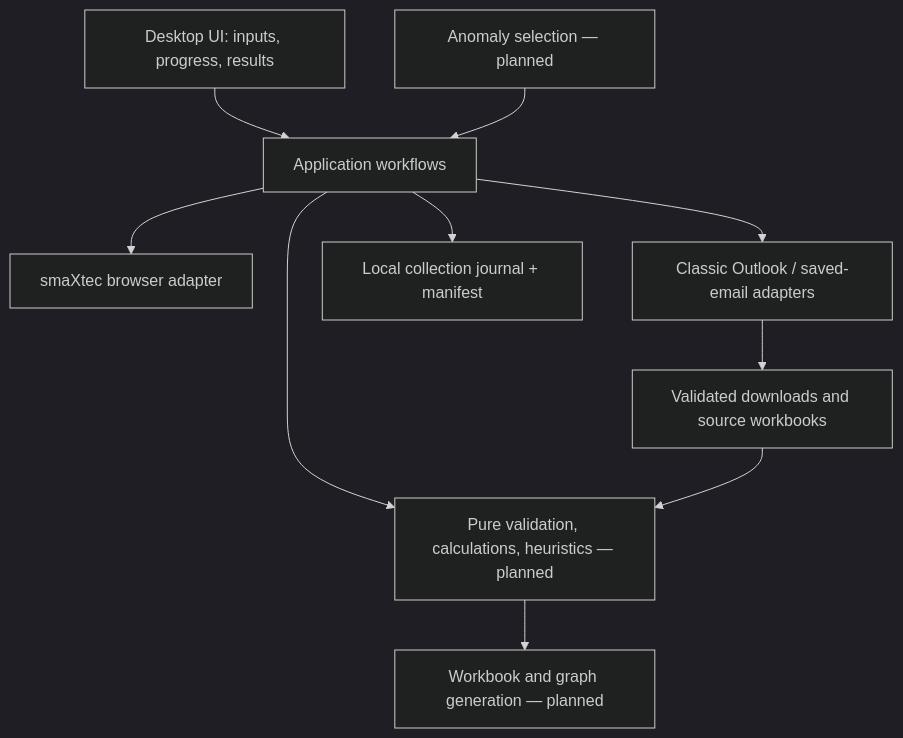
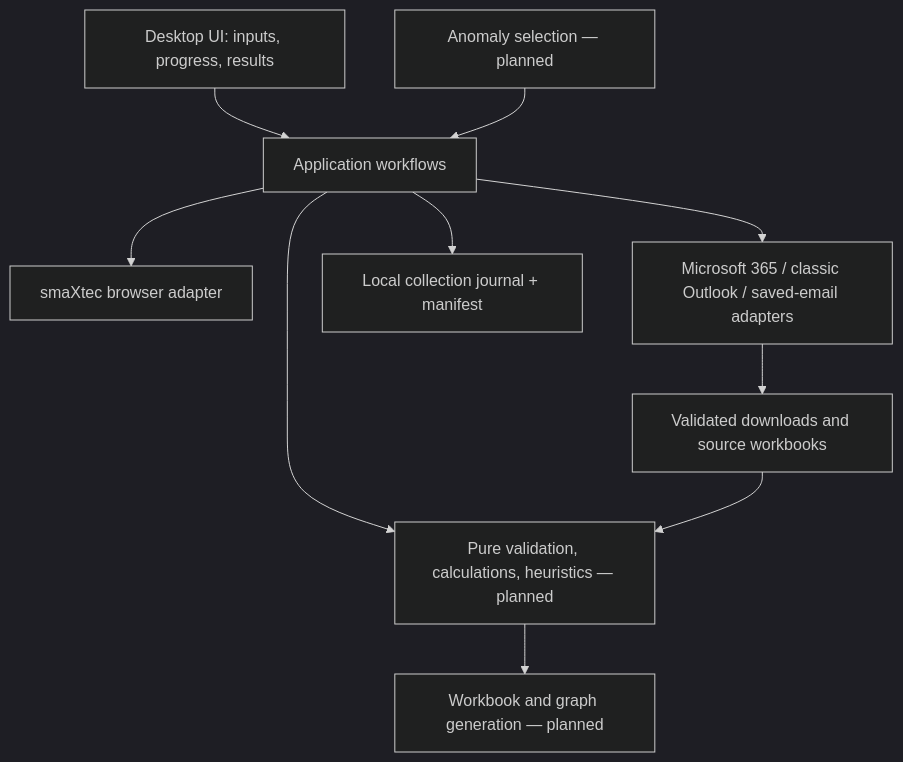
Before and after one commit to FelixvanDijk/SmaxTec: the diagram in docs/ARCHITECTURE.md, drawn with Mermaid (dark theme). The commit also changed other lines of this file and 25 other files, not shown here.

````diff
--- a/docs/ARCHITECTURE.md
+++ b/docs/ARCHITECTURE.md
@@ -13,12 +13,12 @@
 ```mermaid
 flowchart TD
     UI[Desktop UI: inputs, progress, results] --> APP[Application workflows]
     APP --> WEB[smaXtec browser adapter]
-    APP --> MAIL[Classic Outlook / saved-email adapters]
+    APP --> MAIL[Microsoft 365 / classic Outlook / saved-email adapters]
     APP --> JOBS[Local collection journal + manifest]
     APP --> DOMAIN[Pure validation, calculations, heuristics — planned]
     DOMAIN --> REPORTS[Workbook and graph generation — planned]
     MAIL --> FILES[Validated downloads and source workbooks]
     FILES --> DOMAIN
     AUTO[Anomaly selection — planned] --> APP
 ```
````
